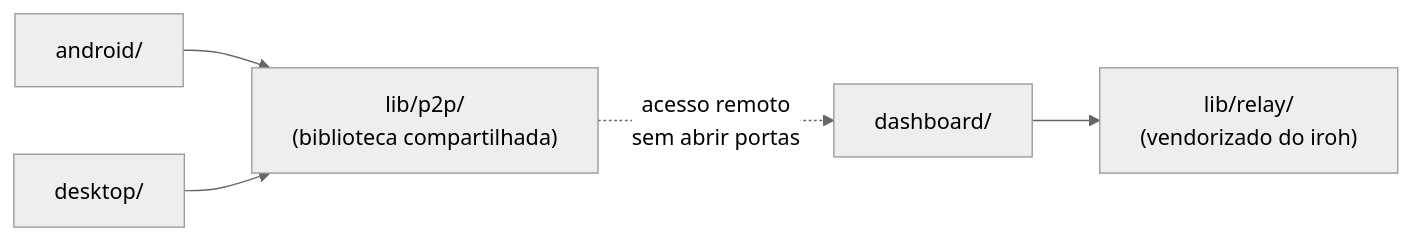
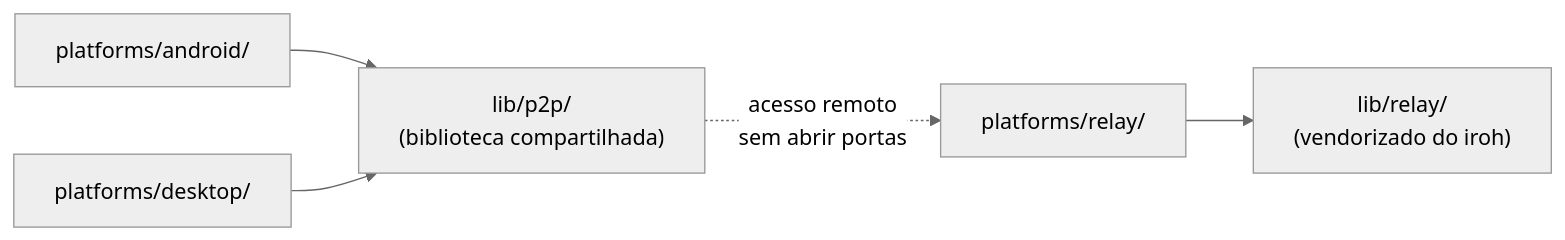
The diagram in README.md (Vinicius-Gabriel-P-Leitao/acerola-reader), drawn with Mermaid (neutral theme) before and after one commit. The commit also changed other lines of this file and 1204 other files, not shown here.

First line of the commit message:
[chore](monorepo): move android/desktop/dashboard para platforms/

````diff
--- a/README.md
+++ b/README.md
@@ -17,7 +17,7 @@
 ```mermaid
 flowchart LR
-    Android["android/"] --> P2P["lib/p2p/\n(biblioteca compartilhada)"]
-    Desktop["desktop/"] --> P2P
-    Dashboard["dashboard/"] --> Relay["lib/relay/\n(vendorizado do iroh)"]
-    P2P -.->|"acesso remoto\nsem abrir portas"| Dashboard
+    Android["platforms/android/"] --> P2P["lib/p2p/\n(biblioteca compartilhada)"]
+    Desktop["platforms/desktop/"] --> P2P
+    Relay["platforms/relay/"] --> RelayLib["lib/relay/\n(vendorizado do iroh)"]
+    P2P -.->|"acesso remoto\nsem abrir portas"| Relay
 ```
````
